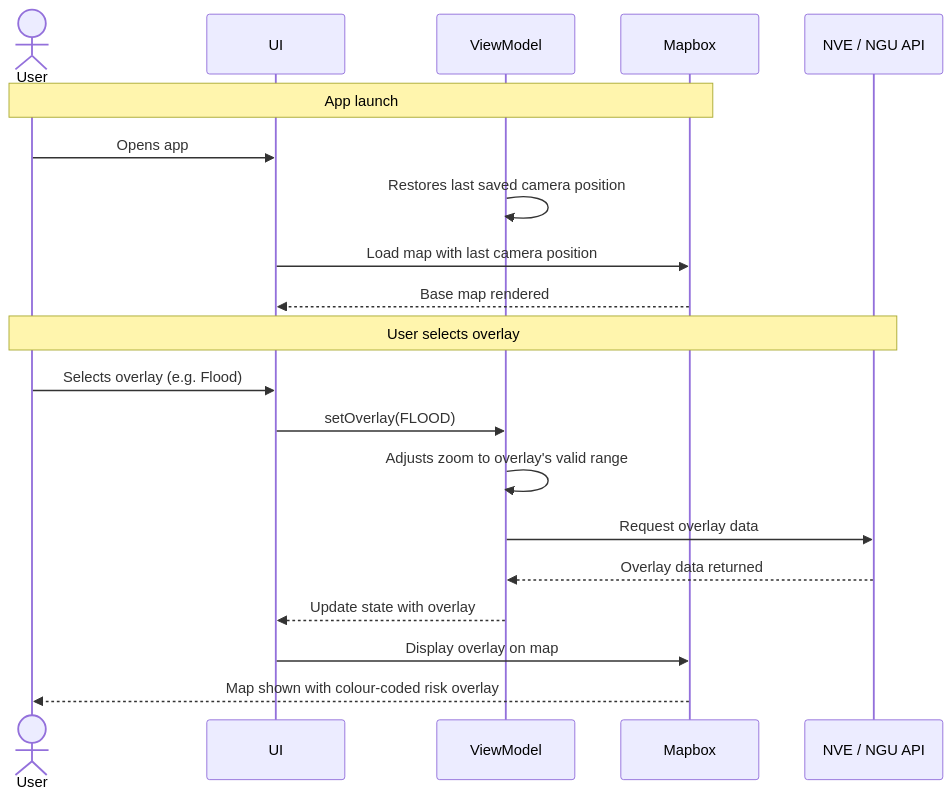
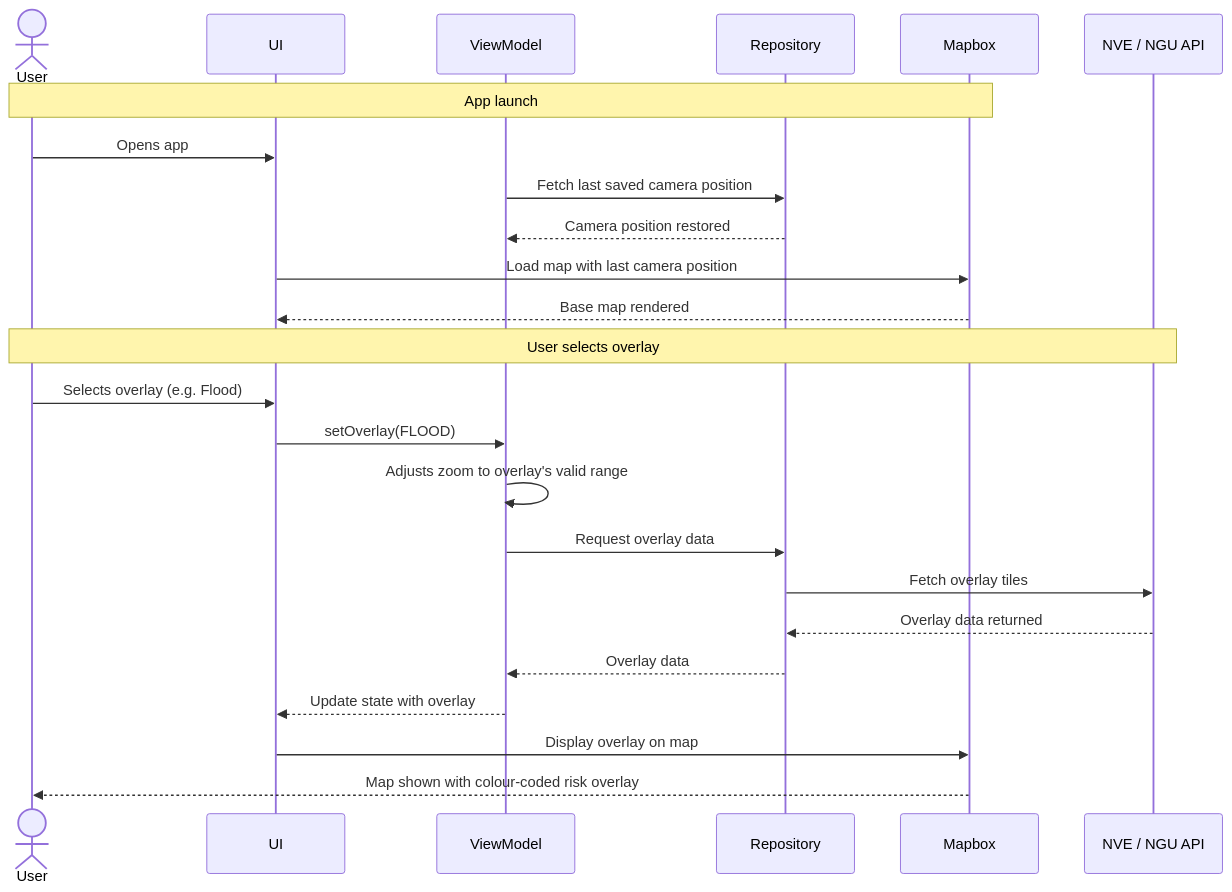
The diagram in MODELING.md (Dannevanne/klima-app), drawn with Mermaid before and after one commit.

Commit message:
fix: added repository to sequence diagram 1

````diff
--- a/MODELING.md
+++ b/MODELING.md
@@ -63,24 +63,28 @@
 ```mermaid
 sequenceDiagram
     actor User
     participant UI
     participant ViewModel
+    participant Repository
     participant Mapbox
     participant NVE_NGU as NVE / NGU API
  
     Note over User, Mapbox: App launch
     User->>UI: Opens app
-    ViewModel->>ViewModel: Restores last saved camera position
+    ViewModel->>Repository: Fetch last saved camera position
+    Repository-->>ViewModel: Camera position restored
     UI->>Mapbox: Load map with last camera position
     Mapbox-->>UI: Base map rendered
  
     Note over User, NVE_NGU: User selects overlay
     User->>UI: Selects overlay (e.g. Flood)
     UI->>ViewModel: setOverlay(FLOOD)
     ViewModel->>ViewModel: Adjusts zoom to overlay's valid range
-    ViewModel->>NVE_NGU: Request overlay data
-    NVE_NGU-->>ViewModel: Overlay data returned
+    ViewModel->>Repository: Request overlay data
+    Repository->>NVE_NGU: Fetch overlay tiles
+    NVE_NGU-->>Repository: Overlay data returned
+    Repository-->>ViewModel: Overlay data
     ViewModel-->>UI: Update state with overlay
     UI->>Mapbox: Display overlay on map
     Mapbox-->>User: Map shown with colour-coded risk overlay
 ```
````
